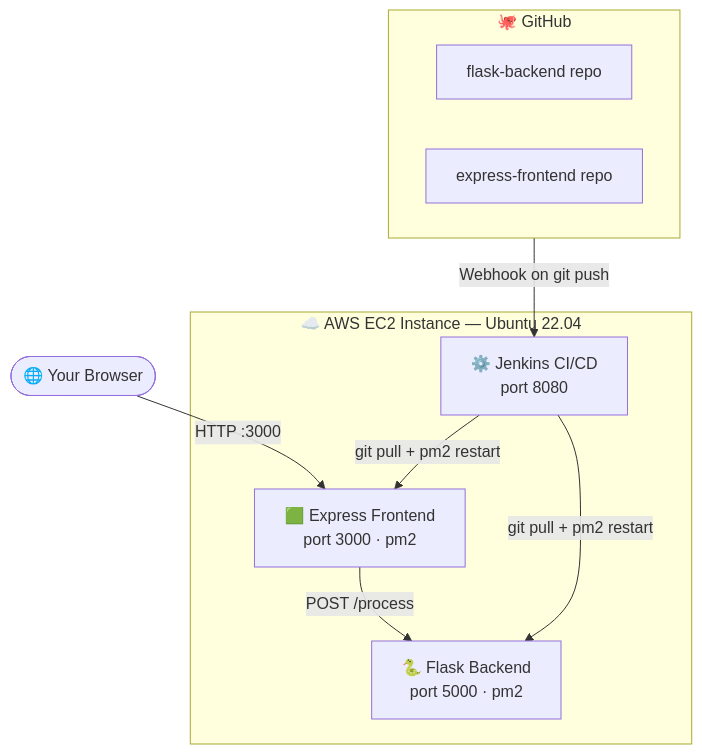
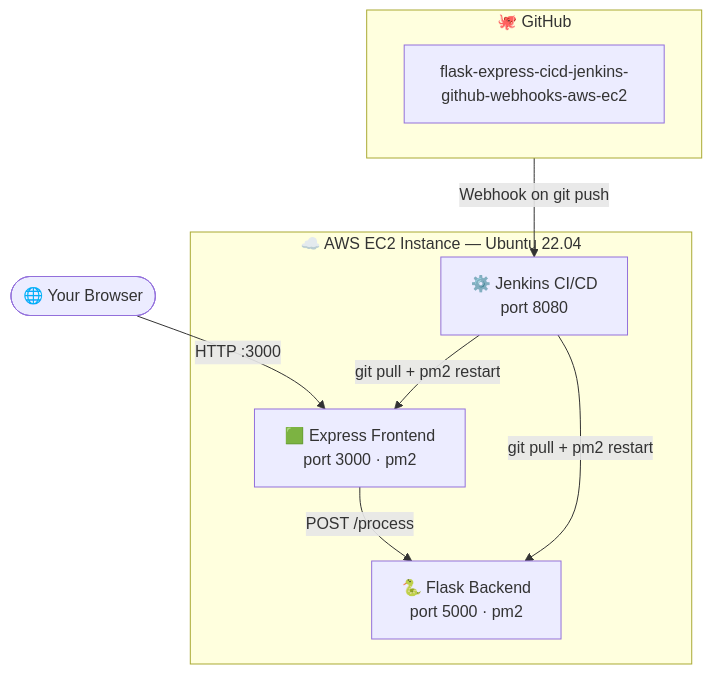
One commit to shubhmate/flask-express-cicd-jenkins-github-webhooks-aws-ec2 changed the first of 2 diagrams in README.md. Above: the diagram before and after it, drawn with Mermaid. The commit also changed other lines of this file and 2 other files, not shown here.

Commit message:
refactor: use checkout scm instead of hardcoded repo URL

````diff
--- a/README.md
+++ b/README.md
@@ -11,22 +13,21 @@
 ```mermaid
 graph TD
     Browser([🌐 Your Browser])
 
     Browser -->|HTTP :3000| Express
 
     subgraph EC2 ["☁️ AWS EC2 Instance — Ubuntu 22.04"]
         Express["🟩 Express Frontend\nport 3000 · pm2"]
         Flask["🐍 Flask Backend\nport 5000 · pm2"]
         Jenkins["⚙️ Jenkins CI/CD\nport 8080"]
         Express -->|POST /process| Flask
     end
 
     subgraph GitHub ["🐙 GitHub"]
-        Repo1[flask-backend repo]
-        Repo2[express-frontend repo]
+        Repo1[flask-express-cicd-jenkins-github-webhooks-aws-ec2]
     end
 
     GitHub -->|Webhook on git push| Jenkins
     Jenkins -->|git pull + pm2 restart| Express
     Jenkins -->|git pull + pm2 restart| Flask
 ```
````
